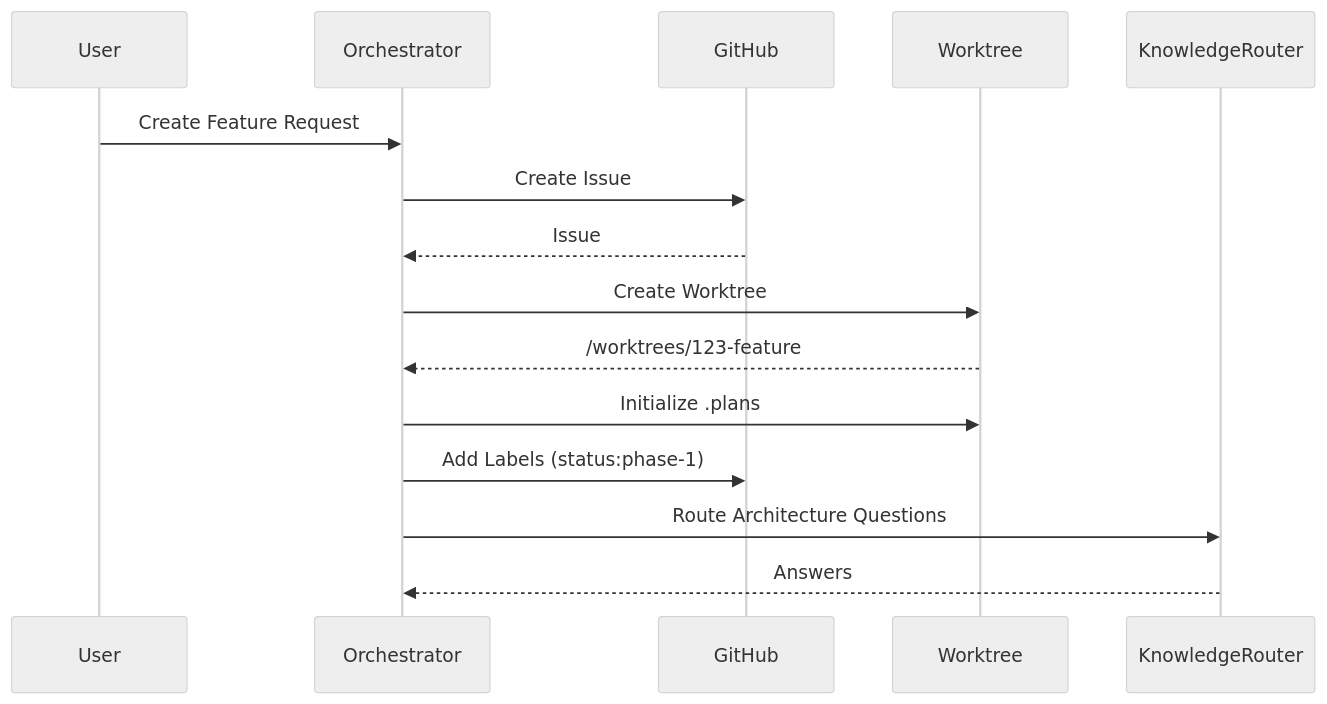
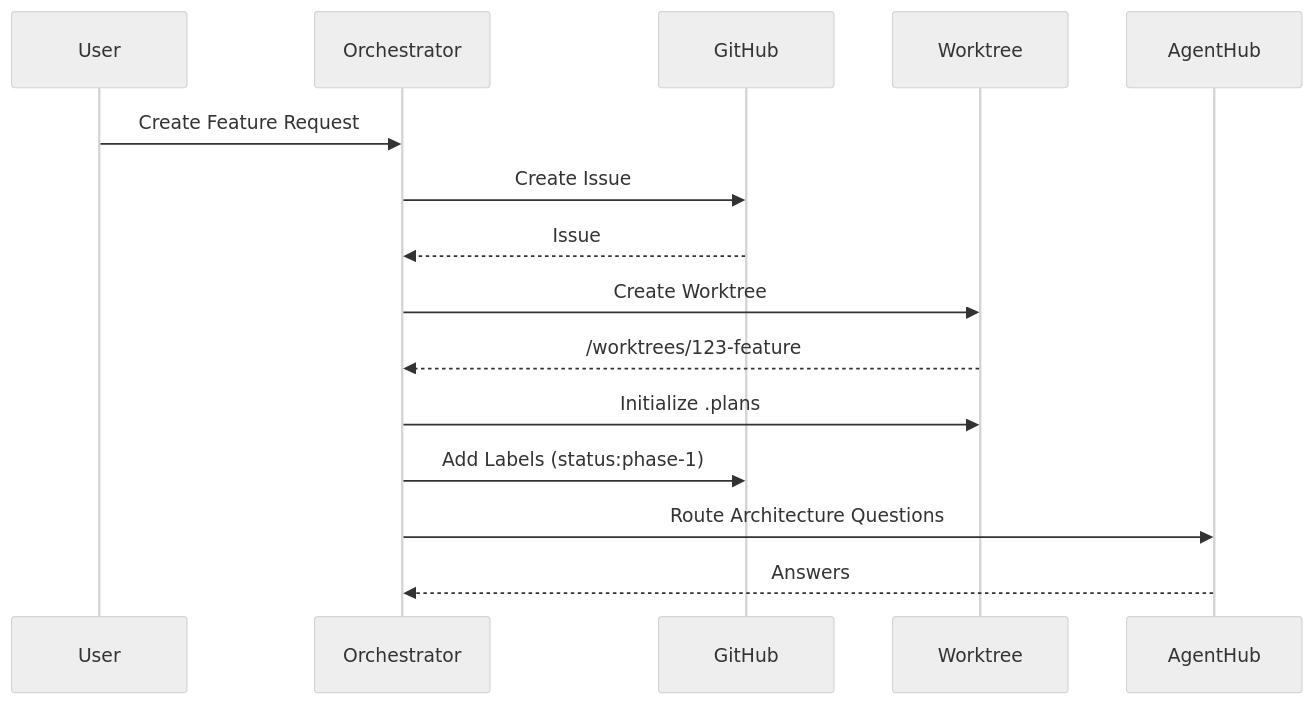
One commit to farmer1st/farmer-code changed the first of 2 diagrams in docs/architecture/system-overview.md. Above: the diagram before and after it, drawn with Mermaid (neutral theme). The commit also changed other lines of this file and 195 other files, not shown here.

First line of the commit message:
feat: implement Services Architecture (Feature 008) (#8)

````diff
--- a/docs/architecture/system-overview.md
+++ b/docs/architecture/system-overview.md
@@ -106,18 +107,18 @@
 ```mermaid
 sequenceDiagram
     participant User
     participant Orchestrator
     participant GitHub
     participant Worktree
-    participant KnowledgeRouter
+    participant AgentHub
 
     User->>Orchestrator: Create Feature Request
     Orchestrator->>GitHub: Create Issue
     GitHub-->>Orchestrator: Issue #123
     Orchestrator->>Worktree: Create Worktree
     Worktree-->>Orchestrator: /worktrees/123-feature
     Orchestrator->>Worktree: Initialize .plans
     Orchestrator->>GitHub: Add Labels (status:phase-1)
-    Orchestrator->>KnowledgeRouter: Route Architecture Questions
-    KnowledgeRouter-->>Orchestrator: Answers
+    Orchestrator->>AgentHub: Route Architecture Questions
+    AgentHub-->>Orchestrator: Answers
 ```
````
